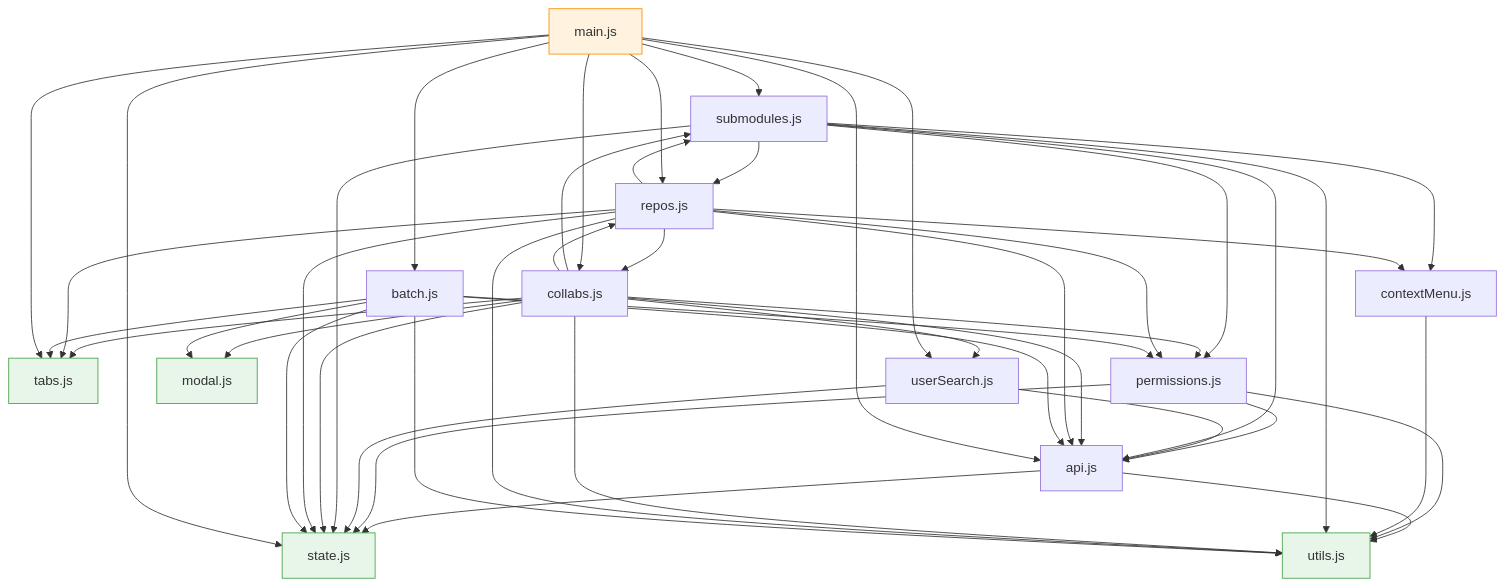
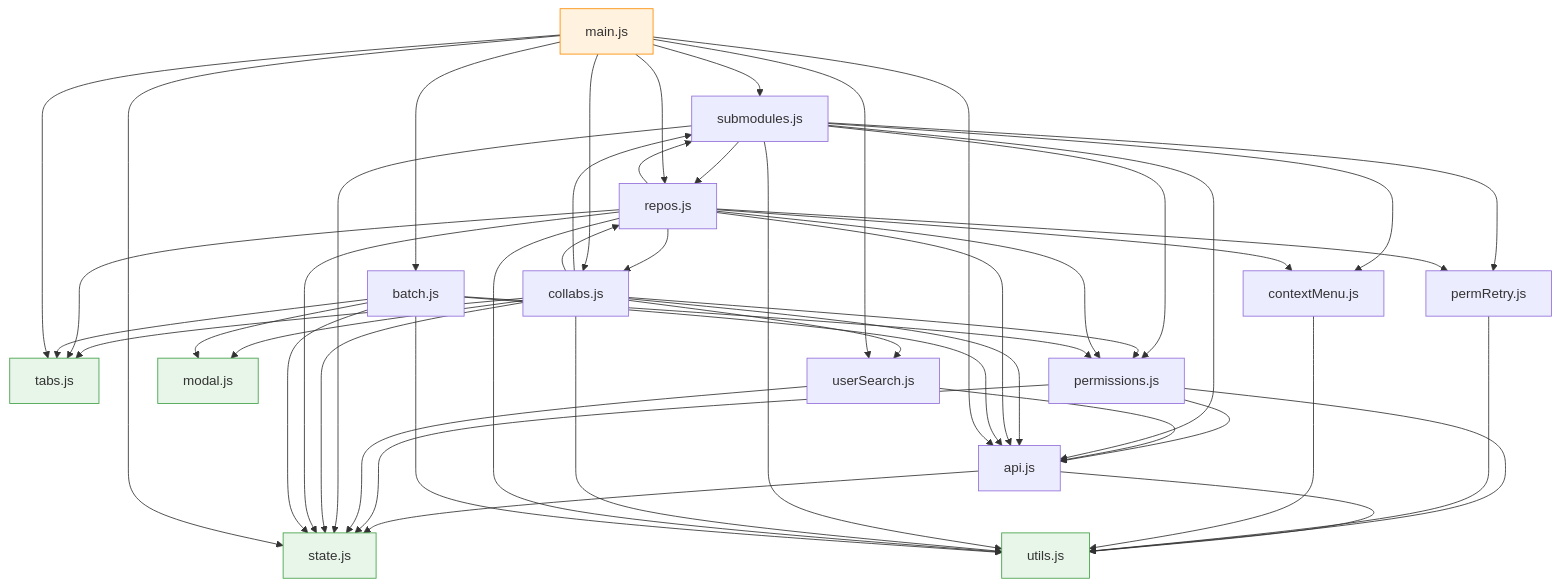
Before and after one commit to Keye3Tuido/gitee-repo-permission: the diagram in STRUCTURE.md, drawn with Mermaid. The commit also changed other lines of this file and 5 other files, not shown here.

````diff
--- a/STRUCTURE.md
+++ b/STRUCTURE.md
@@ -31,75 +32,79 @@
 ```mermaid
 graph TD
     state[state.js]
     utils[utils.js]
     api[api.js]
     tabs[tabs.js]
     permissions[permissions.js]
+    permRetry[permRetry.js]
     modal[modal.js]
     userSearch[userSearch.js]
     submodules[submodules.js]
     collabs[collabs.js]
     repos[repos.js]
     batch[batch.js]
     main[main.js]
 
     api --> utils
     api --> state
 
     permissions --> state
     permissions --> api
     permissions --> utils
+    permRetry --> utils
 
     contextMenu[contextMenu.js]
     contextMenu --> utils
 
     userSearch --> state
     userSearch --> api
 
     submodules --> state
     submodules --> api
     submodules --> utils
     submodules --> permissions
     submodules --> repos
     submodules --> contextMenu
+    submodules --> permRetry
 
     collabs --> state
     collabs --> api
     collabs --> utils
     collabs --> permissions
     collabs --> modal
     collabs --> tabs
     collabs --> userSearch
     collabs --> submodules
     collabs --> repos
 
     repos --> state
     repos --> api
     repos --> utils
     repos --> permissions
     repos --> tabs
     repos --> collabs
     repos --> submodules
     repos --> contextMenu
+    repos --> permRetry
 
     batch --> state
     batch --> api
     batch --> utils
     batch --> permissions
     batch --> modal
     batch --> tabs
 
     main --> state
     main --> api
     main --> repos
     main --> collabs
     main --> batch
     main --> submodules
     main --> tabs
     main --> userSearch
 
     classDef leaf fill:#e8f5e9,stroke:#43a047;
     classDef entry fill:#fff3e0,stroke:#fb8c00;
     class state,utils,tabs,modal leaf;
     class main entry;
 ```
````
